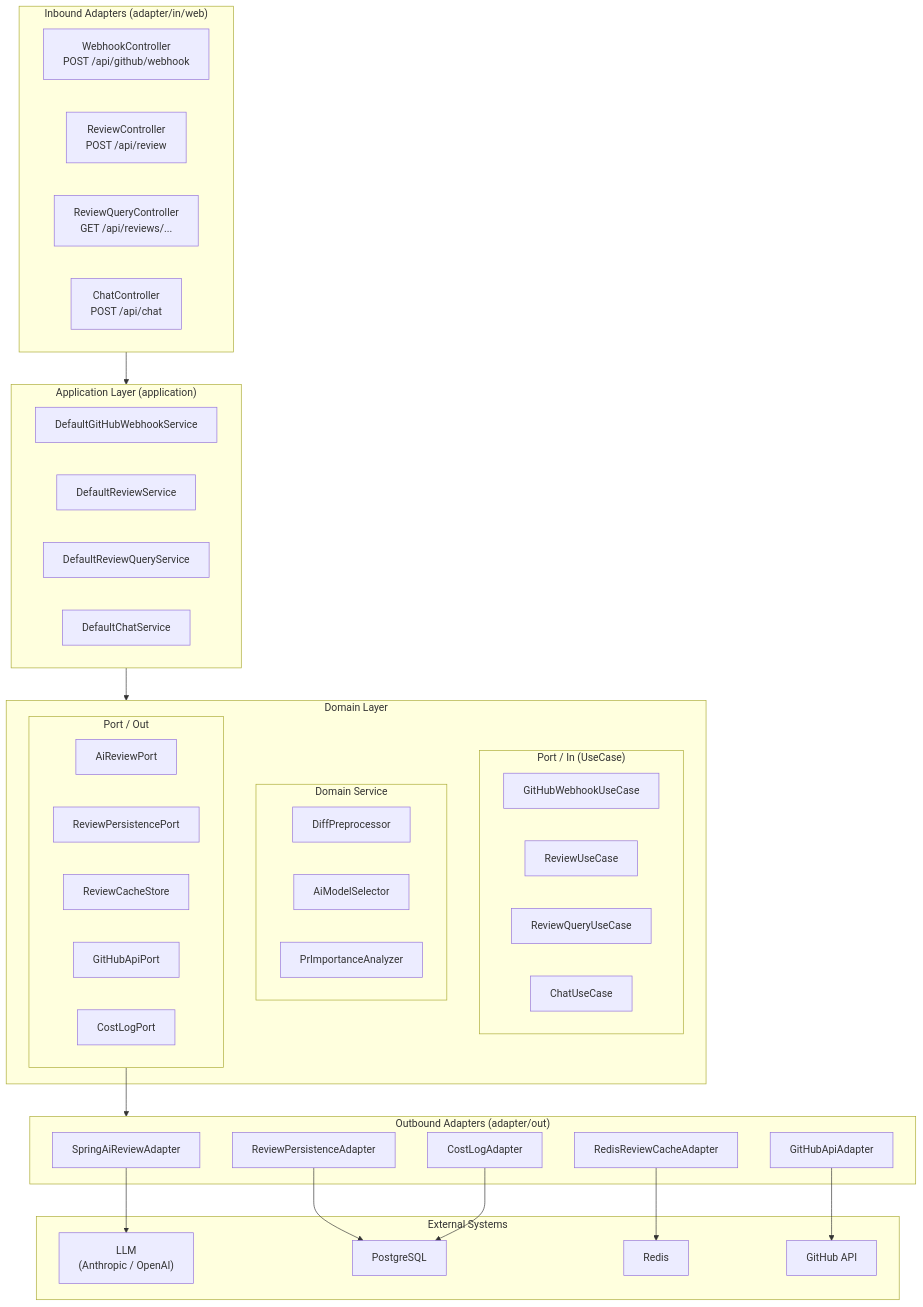
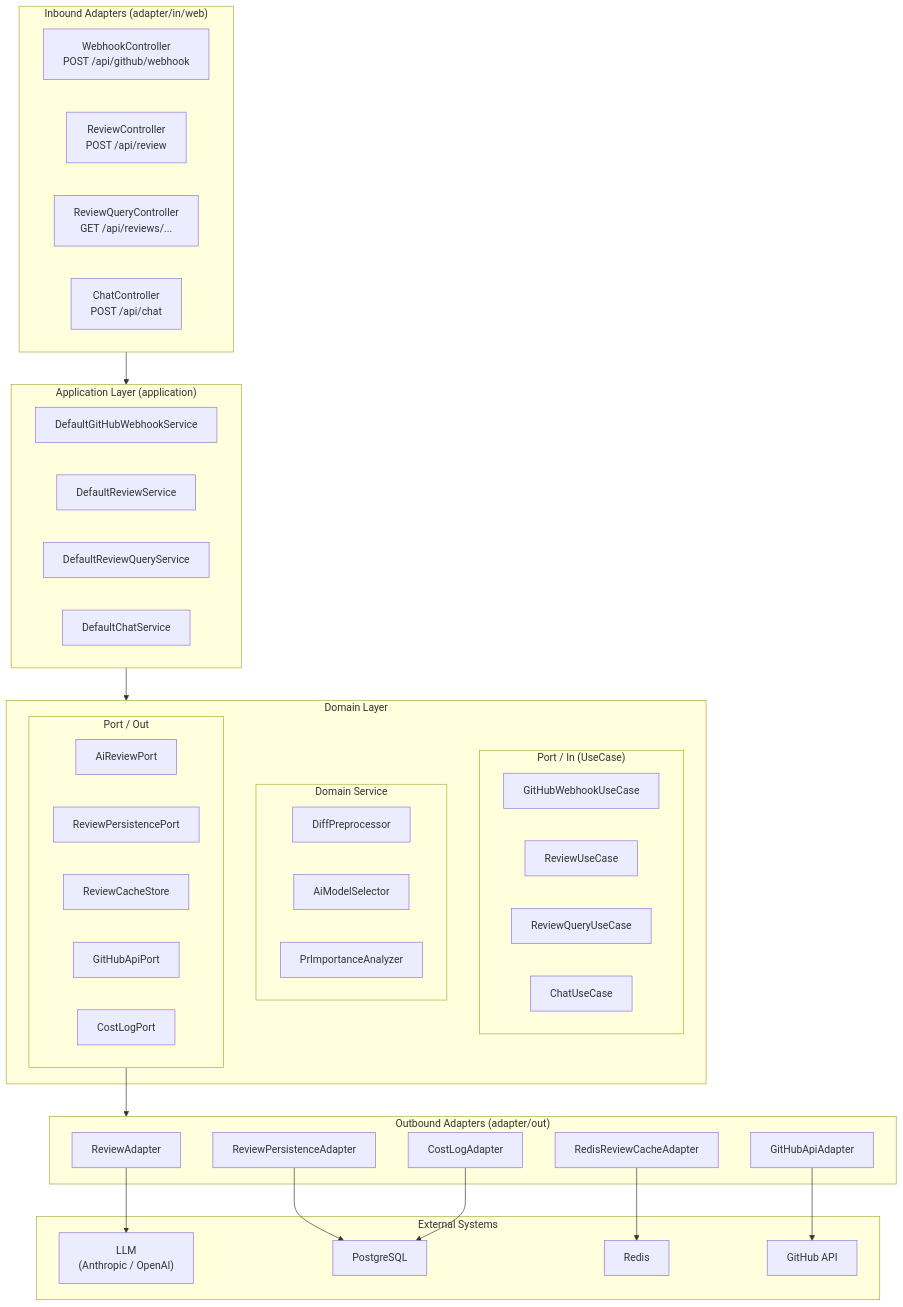
Before and after one commit to stillframe42/ai-code-reviewer: the second of 5 diagrams in docs/architecture.md, drawn with Mermaid. The commit also changed other lines of this file and 21 other files, not shown here.

````diff
--- a/docs/architecture.md
+++ b/docs/architecture.md
@@ -52,61 +52,61 @@
 ```mermaid
 flowchart TB
     subgraph Inbound["Inbound Adapters (adapter/in/web)"]
         WebhookCtrl["WebhookController\nPOST /api/github/webhook"]
         ReviewCtrl["ReviewController\nPOST /api/review"]
         ReviewQueryCtrl["ReviewQueryController\nGET /api/reviews/..."]
         ChatCtrl["ChatController\nPOST /api/chat"]
     end
 
     subgraph Application["Application Layer (application)"]
         WebhookSvc["DefaultGitHubWebhookService"]
         ReviewSvc["DefaultReviewService"]
         QuerySvc["DefaultReviewQueryService"]
         ChatSvc["DefaultChatService"]
     end
 
     subgraph Domain["Domain Layer"]
         subgraph PortIn["Port / In (UseCase)"]
             GitHubWebhookUC["GitHubWebhookUseCase"]
             ReviewUC["ReviewUseCase"]
             ReviewQueryUC["ReviewQueryUseCase"]
             ChatUC["ChatUseCase"]
         end
         subgraph DomainSvc["Domain Service"]
             DiffPre["DiffPreprocessor"]
             ModelSel["AiModelSelector"]
             PrAnalyzer["PrImportanceAnalyzer"]
         end
         subgraph PortOut["Port / Out"]
             AiReviewPort["AiReviewPort"]
             PersistPort["ReviewPersistencePort"]
             CacheStore["ReviewCacheStore"]
             GitHubApiPort["GitHubApiPort"]
             CostLogPort["CostLogPort"]
         end
     end
 
     subgraph Outbound["Outbound Adapters (adapter/out)"]
-        SpringAiAdapter["SpringAiReviewAdapter"]
+        ReviewAdapter["ReviewAdapter"]
         PersistAdapter["ReviewPersistenceAdapter"]
         CacheAdapter["RedisReviewCacheAdapter"]
         GitHubAdapter["GitHubApiAdapter"]
         CostAdapter["CostLogAdapter"]
     end
 
     subgraph External["External Systems"]
         LLM["LLM\n(Anthropic / OpenAI)"]
         PG["PostgreSQL"]
         Redis["Redis"]
         GHAPI["GitHub API"]
     end
 
     Inbound --> Application
     Application --> Domain
     PortOut --> Outbound
-    SpringAiAdapter --> LLM
+    ReviewAdapter --> LLM
     PersistAdapter --> PG
     CacheAdapter --> Redis
     GitHubAdapter --> GHAPI
     CostAdapter --> PG
 ```
````
